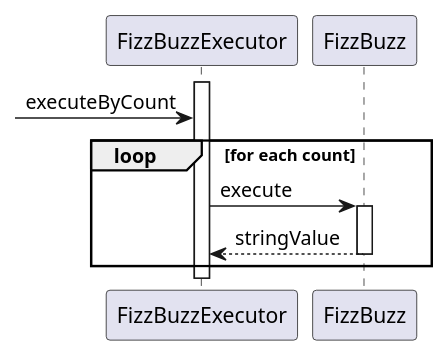
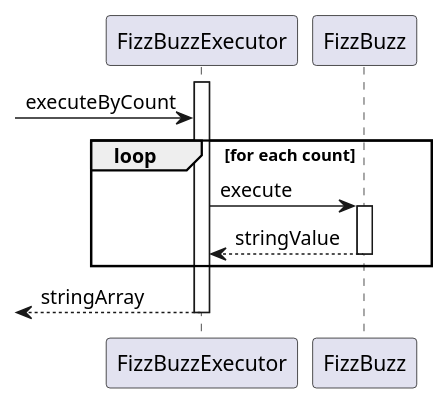
Before and after one commit to k2works/etude_for_java: the second of 2 diagrams in docs/src/fizzbuzz.md, drawn with PlantUML. The commit also changed other lines of this file and 6 other files, not shown here.

First line of the commit message:
FizzBuzz #EFJ-8

````diff
--- a/docs/src/fizzbuzz.md
+++ b/docs/src/fizzbuzz.md
@@ -45,13 +45,14 @@
 ```puml
 @startuml
    activate FizzBuzzExecutor
    -> FizzBuzzExecutor :executeByCount
    loop for each count
       FizzBuzzExecutor -> FizzBuzz :execute
       activate FizzBuzz
         FizzBuzzExecutor <-- FizzBuzz :stringValue
       deactivate FizzBuzz
    end
-   deactivate FizzBuzz
+   <-- FizzBuzzExecutor :stringArray
+   deactivate FizzBuzzExecutor
 @enduml
 ```
````
